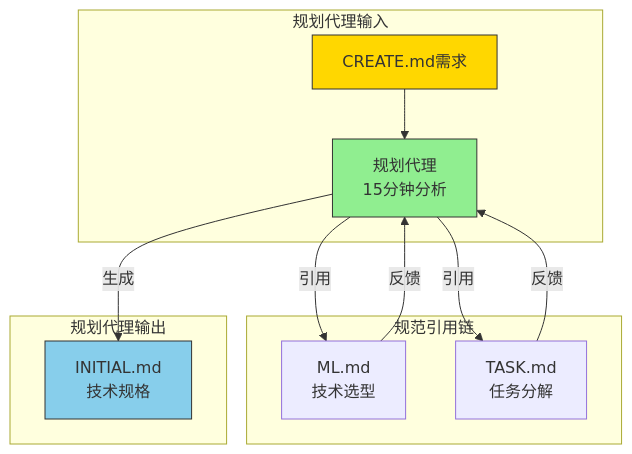
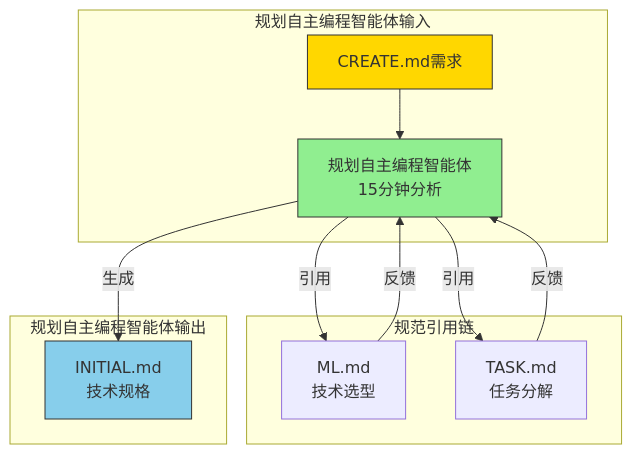
One commit to ouyangshixiong/context-engineering-zh changed the first of 3 diagrams in PLANNING.md. Above: the diagram before and after it, drawn with Mermaid. The commit also changed other lines of this file and 6 other files, not shown here.

````diff
--- a/PLANNING.md
+++ b/PLANNING.md
@@ -15,21 +15,21 @@
 ```mermaid
 graph TD
-    subgraph 规划代理输入
-        CREATE[CREATE.md需求] --> PLAN[规划代理<br/>15分钟分析]
+    subgraph 规划自主编程智能体输入
+        CREATE[CREATE.md需求] --> PLAN[规划自主编程智能体<br/>15分钟分析]
     end
     
     subgraph 规范引用链
         PLAN -->|引用| ML[ML.md<br/>技术选型]
         PLAN -->|引用| TASK[TASK.md<br/>任务分解]
         ML -->|反馈| PLAN
         TASK -->|反馈| PLAN
     end
     
-    subgraph 规划代理输出
+    subgraph 规划自主编程智能体输出
         PLAN -->|生成| INITIAL[INITIAL.md<br/>技术规格]
     end
     
     style PLAN fill:#90EE90,stroke:#333
     style CREATE fill:#FFD700,stroke:#333
     style INITIAL fill:#87CEEB,stroke:#333
 ```
````
